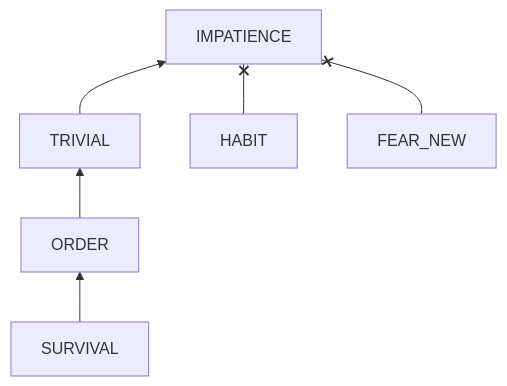
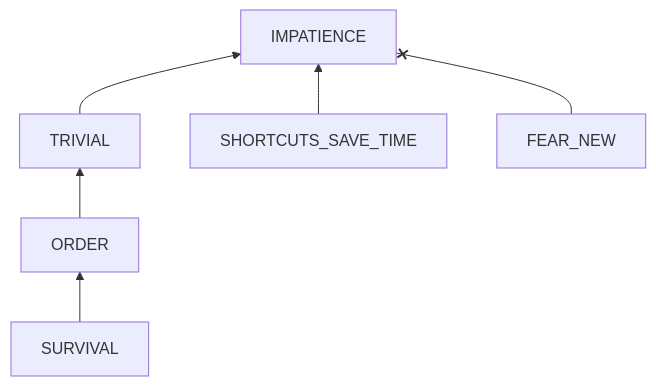
One commit to SuxinL/Notes changed the diagram in health/psychology/temptation/want_to_finish_soon.md. Above: the diagram before and after it, drawn with Mermaid. The commit also changed other lines of this file, not shown here.

````diff
--- a/health/psychology/temptation/want_to_finish_soon.md
+++ b/health/psychology/temptation/want_to_finish_soon.md
@@ -45,13 +45,13 @@
 ```mermaid
 flowchart BT
 	IMPATIENCE
 	TRIVIAL
-	HABIT
+	SHORTCUTS_SAVE_TIME
 	FEAR_NEW
 	ORDER
 	SURVIVAL
 	
 	SURVIVAL --> ORDER --> TRIVIAL --> IMPATIENCE
-	HABIT --x IMPATIENCE
+	SHORTCUTS_SAVE_TIME --> IMPATIENCE
 	FEAR_NEW --x IMPATIENCE
 ```
````
